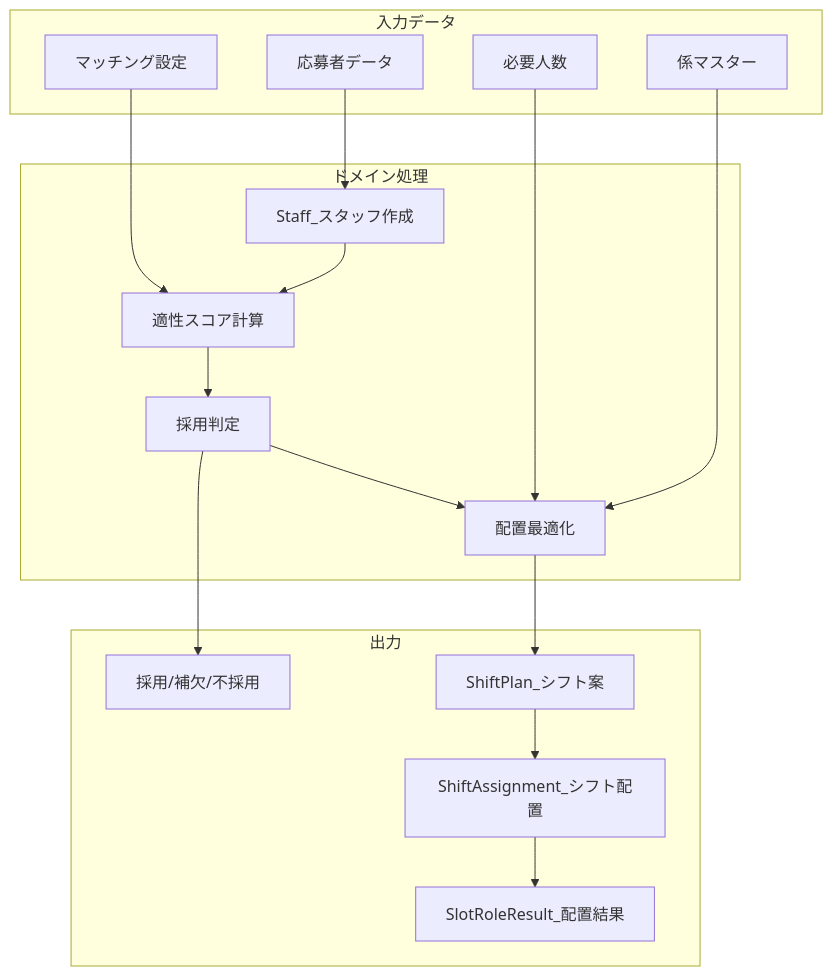
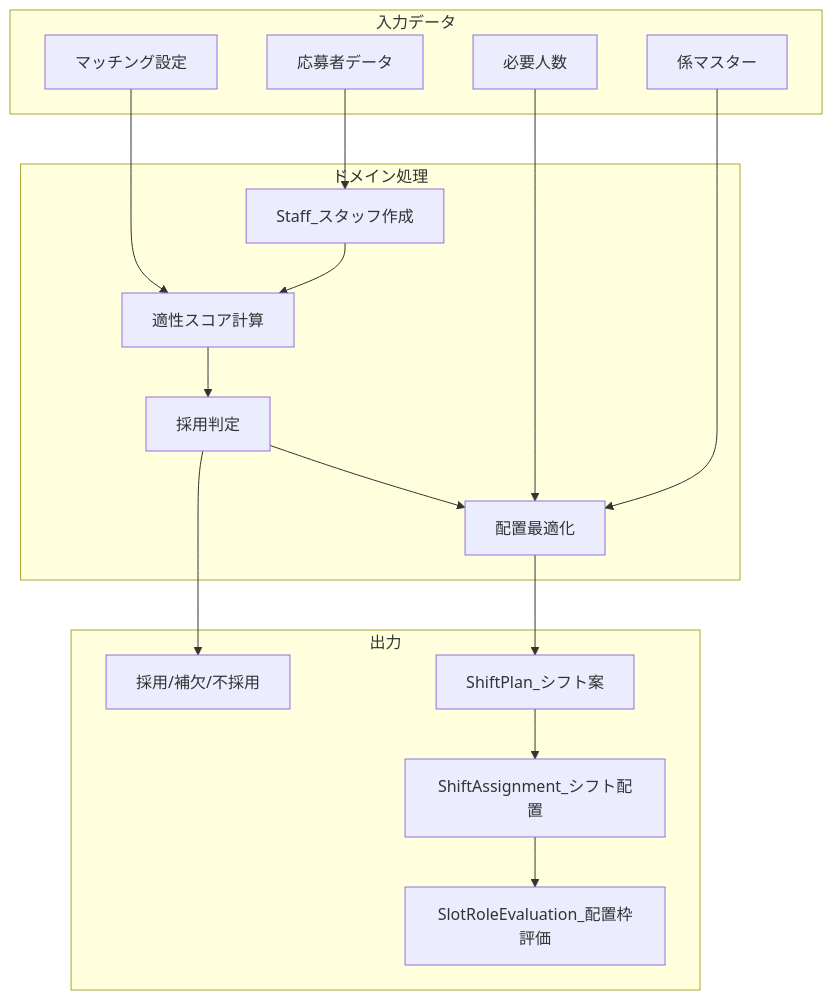
The fourth of 4 diagrams in apps/bublys-os/app/gakkai-shift/docs/domain-model.md (fumicode/bublys-org), drawn with Mermaid before and after one commit. The commit also changed other lines of this file and 5 other files, not shown here.

````diff
--- a/apps/bublys-os/app/gakkai-shift/docs/domain-model.md
+++ b/apps/bublys-os/app/gakkai-shift/docs/domain-model.md
@@ -177,36 +240,36 @@
 ```mermaid
 flowchart TD
     subgraph Input["入力データ"]
         A[応募者データ]
         B[係マスター]
         C[必要人数]
         D[マッチング設定]
     end
 
     subgraph Domain["ドメイン処理"]
         E[Staff_スタッフ作成]
         F[適性スコア計算]
         G[採用判定]
         H[配置最適化]
     end
 
     subgraph Output["出力"]
         I[採用/補欠/不採用]
         J[ShiftPlan_シフト案]
         K[ShiftAssignment_シフト配置]
-        L[SlotRoleResult_配置結果]
+        L[SlotRoleEvaluation_配置枠評価]
     end
 
     A --> E
     E --> F
     D --> F
     F --> G
     G --> I
 
     B --> H
     C --> H
     G --> H
     H --> J
     J --> K
     K --> L
 ```
````
